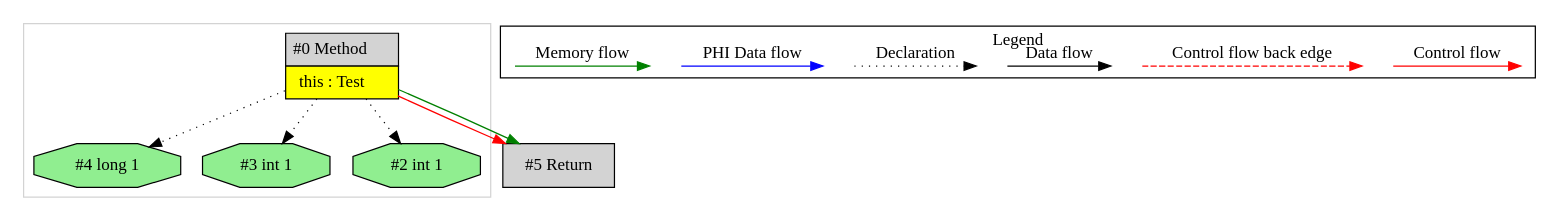
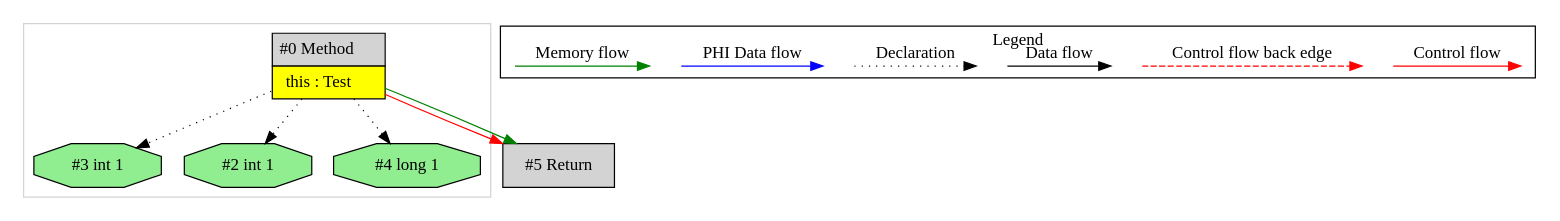
Before and after one commit to mirkosertic/MetaIR: the diagram in de.mirkosertic.metair.ir.OpcodeDUP2X2Test/test_DUP2X2_form3/ir.dot, drawn with Graphviz. The commit also changed other lines of this file and 440 other files, not shown here.

```diff
--- a/de.mirkosertic.metair.ir.OpcodeDUP2X2Test/test_DUP2X2_form3/ir.dot
+++ b/de.mirkosertic.metair.ir.OpcodeDUP2X2Test/test_DUP2X2_form3/ir.dot
@@ -1,46 +1,46 @@
 digraph {
  ordering="in";
  node0[margin="0", label=<<table border="0" cellborder="1" cellspacing="0" cellpadding="5"><tr><td colspan="1">#0 Method</td></tr><tr><td port="prj1" bgcolor="yellow">this : Test</td></tr></table>>,shape=none, fillcolor=lightgrey, style=filled];
- node4[label="#4 long 1",shape=octagon, fillcolor=lightgreen, style=filled];
- node0 -> node4[style=dotted];
  node3[label="#3 int 1",shape=octagon, fillcolor=lightgreen, style=filled];
  node0 -> node3[style=dotted];
+ node2[label="#2 int 1",shape=octagon, fillcolor=lightgreen, style=filled];
+ node0 -> node2[style=dotted];
  node5[label="#5 Return",shape=box, fillcolor=lightgrey, style=filled];
  node0 -> node5[labeldistance=2, color=red, fontcolor=red];
  node0 -> node5[labeldistance=2, color=green, constraint=false];
- node2[label="#2 int 1",shape=octagon, fillcolor=lightgreen, style=filled];
- node0 -> node2[style=dotted];
+ node4[label="#4 long 1",shape=octagon, fillcolor=lightgreen, style=filled];
+ node0 -> node4[style=dotted];
  subgraph cluster_0 {
   color=lightgray;
   node0;
   node2;
   node3;
   node4;
  }
  subgraph cluster_000 {
   label = "Legend";
   node [shape=point]
   {
    rank=same;
    c0 [style = invis];
    c1 [style = invis];
    c2 [style = invis];
    c3 [style = invis];
    d0 [style = invis];
    d1 [style = invis];
    d2 [style = invis];
    d3 [style = invis];
    d4 [style = invis];
    d5 [style = invis];
    d6 [style = invis];
    d7 [style = invis];
   }
   c0 -> c1 [label="Control flow", style=solid, color=red]
   c2 -> c3 [label="Control flow back edge", style=dashed, color=red]
   d0 -> d1 [label="Data flow"]
   d2 -> d3 [label="Declaration", style=dotted]
   d4 -> d5 [label="PHI Data flow", color=blue]
   d6 -> d7 [label="Memory flow", color=green]
  }
 
 }
```
